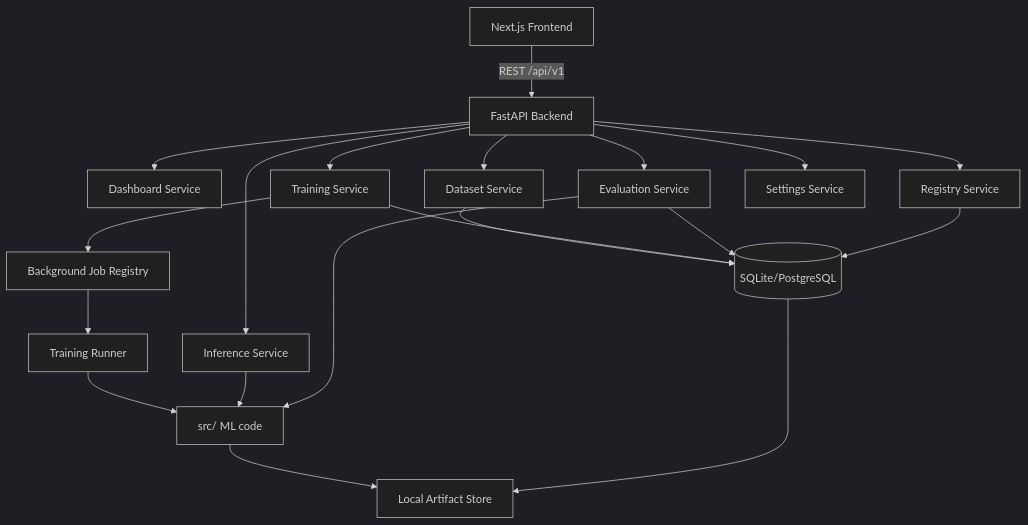
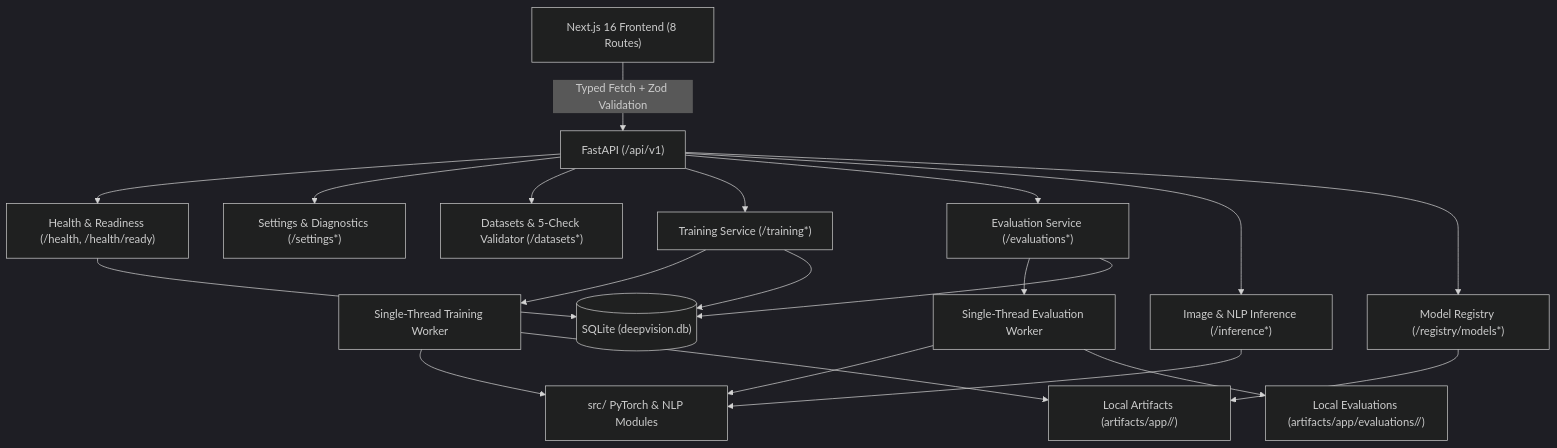
One commit to cungcung-design/advanced-deep-learning changed the diagram in docs/fullstack-architecture.md. Above: the diagram before and after it, drawn with Mermaid (dark theme). The commit also changed other lines of this file and 115 other files, not shown here.

````diff
--- a/docs/fullstack-architecture.md
+++ b/docs/fullstack-architecture.md
@@ -49,24 +54,24 @@
 ```mermaid
-graph TD
-    UI[Next.js Frontend] -->|REST /api/v1| API[FastAPI Backend]
-    API --> DASH[Dashboard Service]
-    API --> DS[Dataset Service]
-    API --> TR[Training Service]
-    API --> EV[Evaluation Service]
-    API --> INF[Inference Service]
-    API --> REG[Registry Service]
-    API --> SET[Settings Service]
+flowchart TD
+    UI["Next.js 16 Frontend (8 Routes)"] -->|"Typed Fetch + Zod Validation"| API["FastAPI (/api/v1)"]
+    API --> HLTH["Health & Readiness (/health, /health/ready)"]
+    API --> SET["Settings & Diagnostics (/settings*)"]
+    API --> DS["Datasets & 5-Check Validator (/datasets*)"]
+    API --> TR["Training Service (/training*)"]
+    API --> EV["Evaluation Service (/evaluations*)"]
+    API --> INF["Image & NLP Inference (/inference*)"]
+    API --> REG["Model Registry (/registry/models*)"]
 
-    TR --> JOBS[Background Job Registry]
-    JOBS --> RUNNER[Training Runner]
-    RUNNER --> ML[src/ ML code]
+    TR --> TWORKER["Single-Thread Training Worker"]
+    EV --> EWORKER["Single-Thread Evaluation Worker"]
+    TWORKER --> ML["src/ PyTorch & NLP Modules"]
+    EWORKER --> ML
     INF --> ML
-    EV --> ML
 
-    DS --> META[(SQLite/PostgreSQL)]
-    TR --> META
-    EV --> META
-    REG --> META
-    ML --> FS[Local Artifact Store]
-    META --> FS
+    TR --> DB[("SQLite (deepvision.db)")]
+    EV --> DB
+    HLTH --> DB
+    TWORKER --> ART["Local Artifacts (artifacts/app/<job_id>/)"]
+    EWORKER --> EART["Local Evaluations (artifacts/app/evaluations/<eval_id>/)"]
+    REG --> ART
 ```
````
